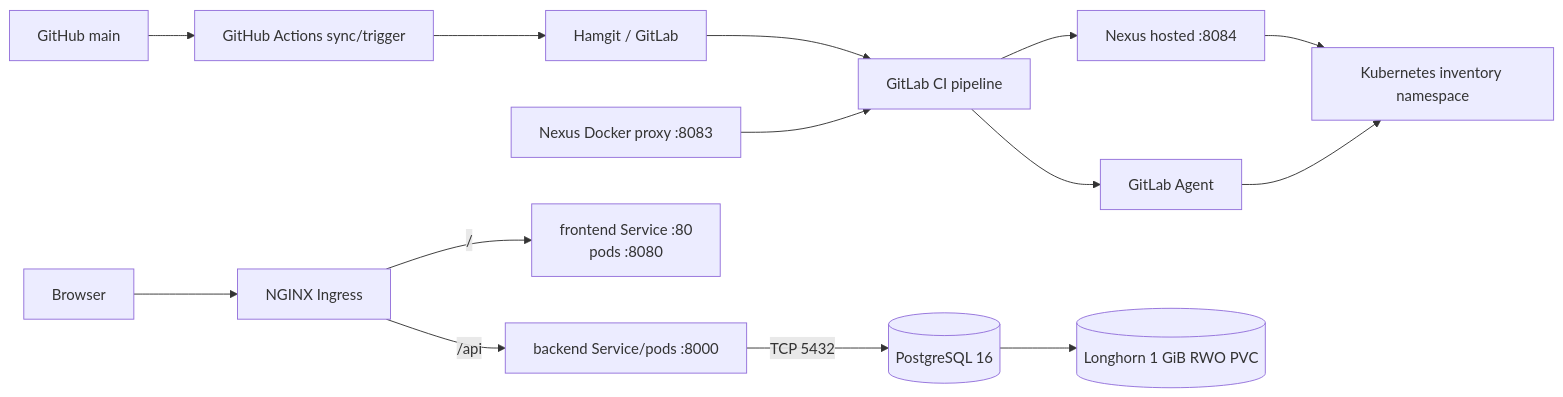
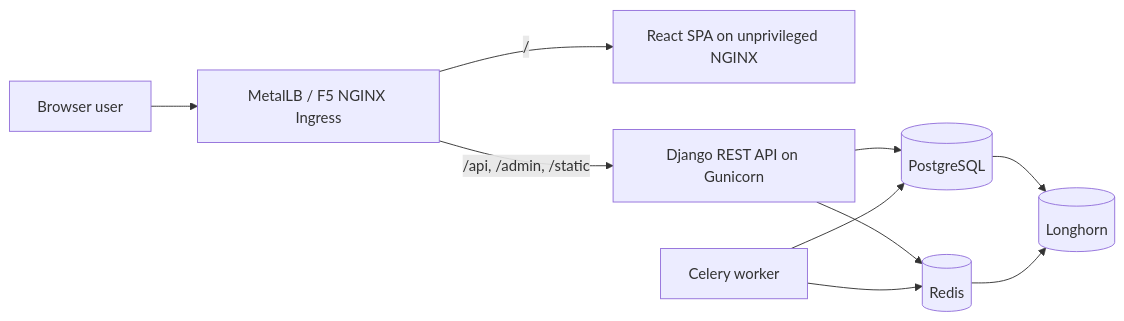
One commit to Mamaarsh/cloud-native-inventory-platform changed the first of 3 diagrams in docs/architecture.md. Above: the diagram before and after it, drawn with Mermaid. The commit also changed other lines of this file and 11 other files, not shown here.

````diff
--- a/docs/architecture.md
+++ b/docs/architecture.md
@@ -9,17 +9,12 @@
 ```mermaid
 flowchart LR
-    GitHub[GitHub main] --> GHA[GitHub Actions sync/trigger]
-    GHA --> Hamgit[Hamgit / GitLab]
-    Hamgit --> Pipeline[GitLab CI pipeline]
-    Proxy[Nexus Docker proxy :8083] --> Pipeline
-    Pipeline --> Hosted[Nexus hosted :8084]
-    Pipeline --> Agent[GitLab Agent]
-    Hosted --> Cluster[Kubernetes inventory namespace]
-    Agent --> Cluster
-
-    Browser[Browser] --> Ingress[NGINX Ingress]
-    Ingress -->|/| Frontend[frontend Service :80<br/>pods :8080]
-    Ingress -->|/api| Backend[backend Service/pods :8000]
-    Backend -->|TCP 5432| PostgreSQL[(PostgreSQL 16)]
-    PostgreSQL --> Longhorn[(Longhorn 1 GiB RWO PVC)]
+  User[Browser user] --> Edge[MetalLB / F5 NGINX Ingress]
+  Edge -->|/| Web[React SPA on unprivileged NGINX]
+  Edge -->|/api, /admin, /static| API[Django REST API on Gunicorn]
+  API --> DB[(PostgreSQL)]
+  API --> Broker[(Redis)]
+  Worker[Celery worker] --> Broker
+  Worker --> DB
+  DB --> Longhorn[(Longhorn)]
+  Broker --> Longhorn
 ```
````
